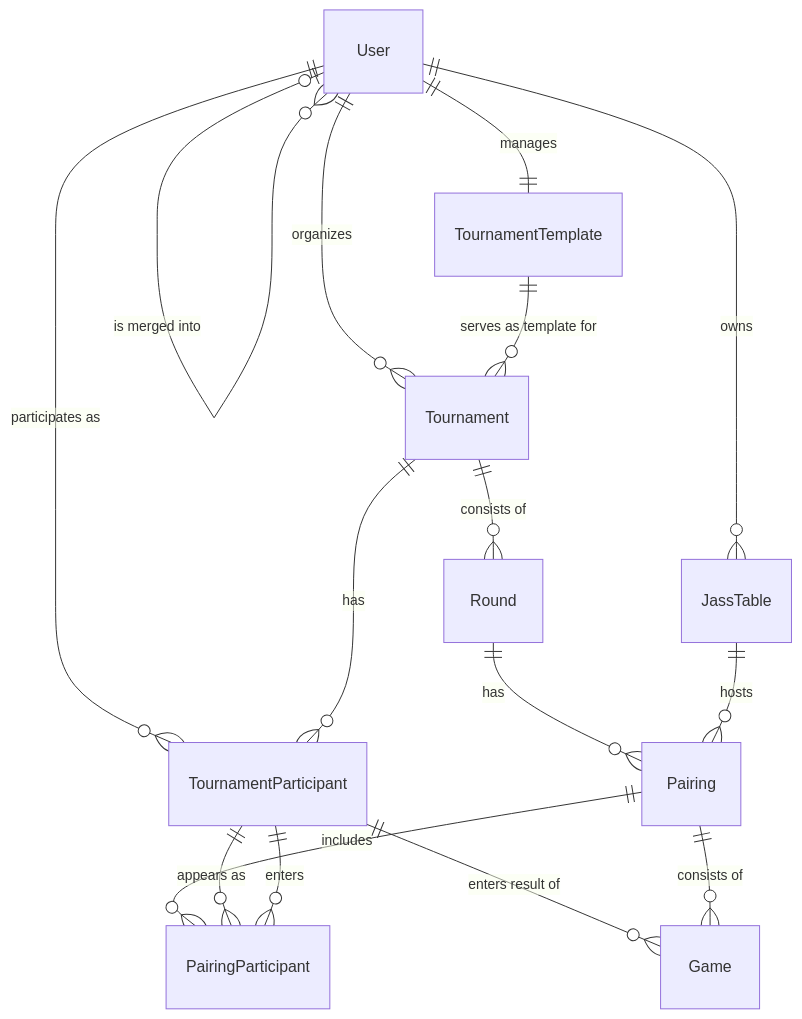
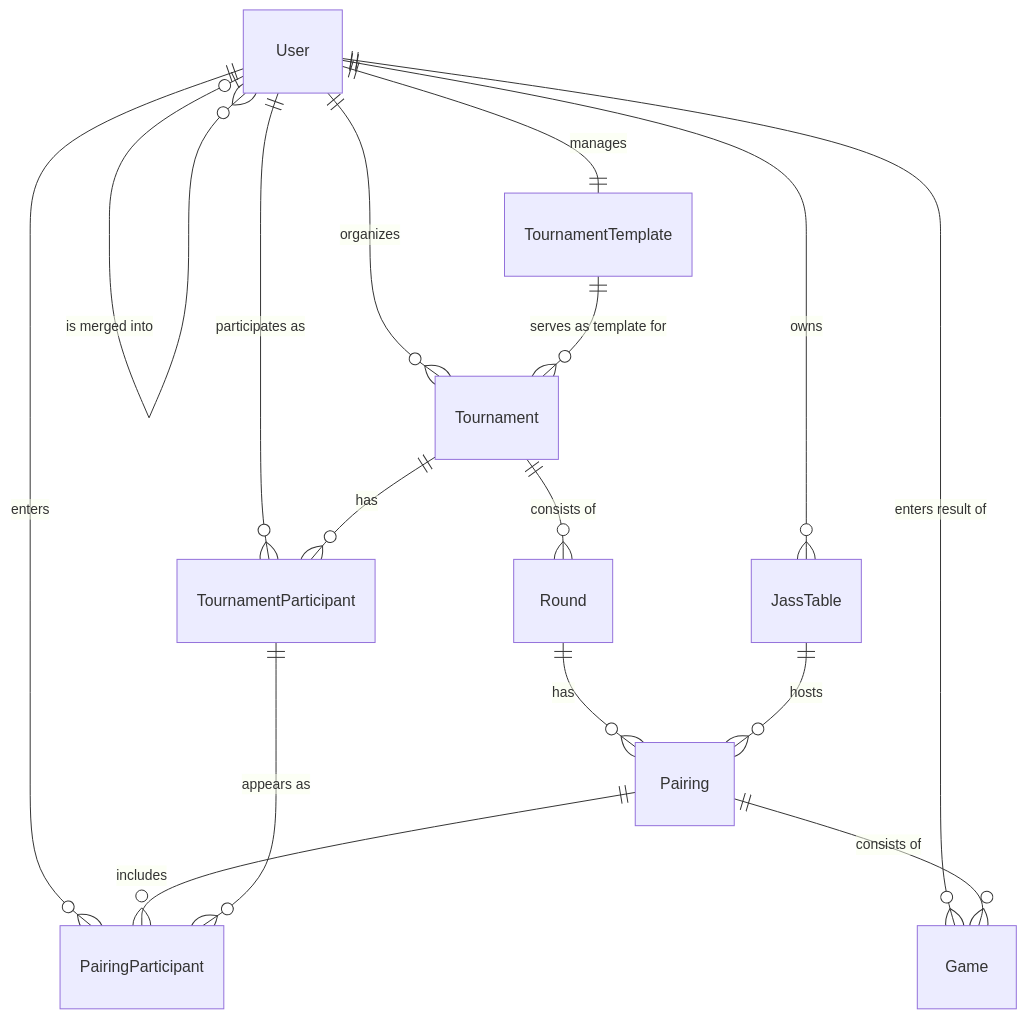
Before and after one commit to manuweber93/jass-tournament-manager: the diagram in docs/database-schema.md, drawn with Mermaid. The commit also changed other lines of this file and 1 other file, not shown here.

Commit message:
Update docs regarding Change of EnteredBy to User

````diff
--- a/docs/database-schema.md
+++ b/docs/database-schema.md
@@ -6,25 +6,25 @@
 ```mermaid
 erDiagram
     User ||--o{ Tournament : "organizes"
     User ||--|| TournamentTemplate : "manages"
     User ||--o{ TournamentParticipant : "participates as"
     User ||--o{ JassTable : "owns"
     User o|--o{ User : "is merged into"
+    User ||--o{ PairingParticipant : "enters"
+    User ||--o{ Game : "enters result of"
 
     TournamentTemplate ||--o{ Tournament : "serves as template for"
 
     Tournament ||--o{ TournamentParticipant : "has"
     Tournament ||--o{ Round : "consists of"
 
     Round ||--o{ Pairing : "has"
 
     JassTable ||--o{ Pairing : "hosts"
 
     Pairing ||--o{ PairingParticipant : "includes"
 
     TournamentParticipant ||--o{ PairingParticipant : "appears as"
-    TournamentParticipant ||--o{ Game : "enters result of"
-    TournamentParticipant ||--o{ PairingParticipant : "enters"
 
     Pairing ||--o{ Game : "consists of"
 ```
````
